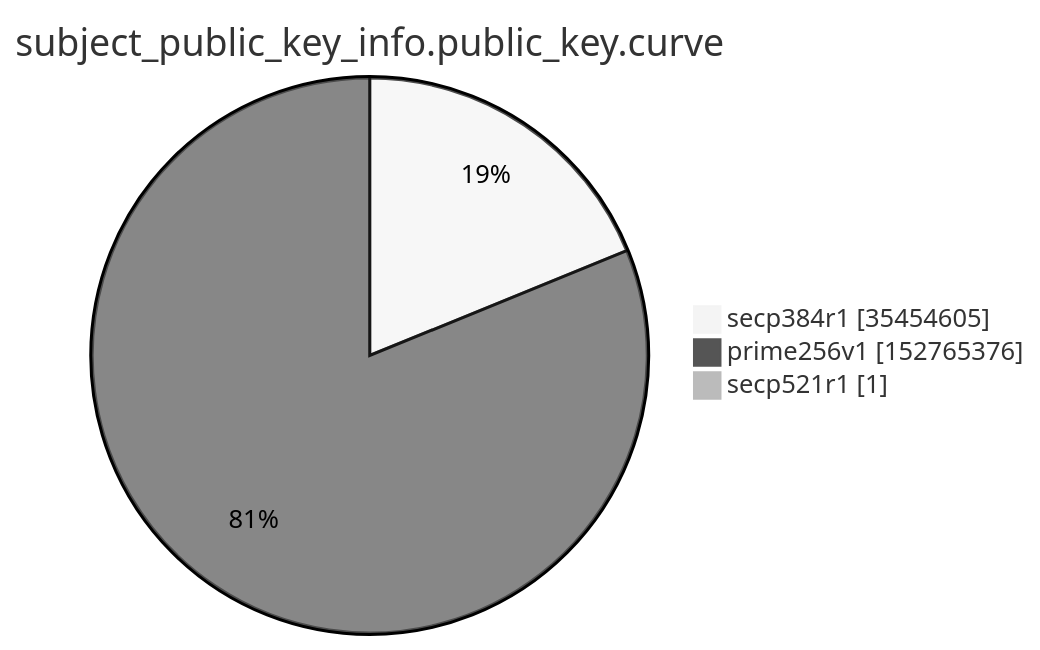
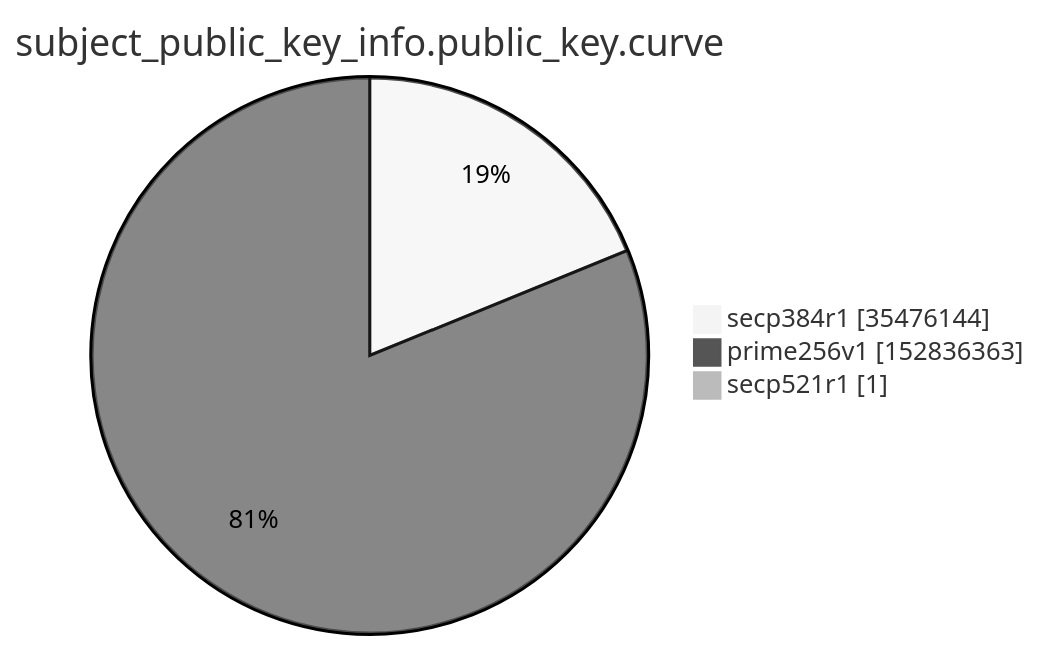
The ninth of 15 diagrams in argon2022/README.md (christiankrug/ctmonitor_visualization), drawn with Mermaid (neutral theme) before and after one commit. The commit also changed other lines of this file, not shown here.

````diff
--- a/argon2022/README.md
+++ b/argon2022/README.md
@@ -2765,7 +2765,7 @@
 ```mermaid
 pie showData
 title subject_public_key_info.public_key.curve
-"secp384r1" :35454605
-"prime256v1" :152765376
+"secp384r1" :35476144
+"prime256v1" :152836363
 "secp521r1" :1
 ```
````
